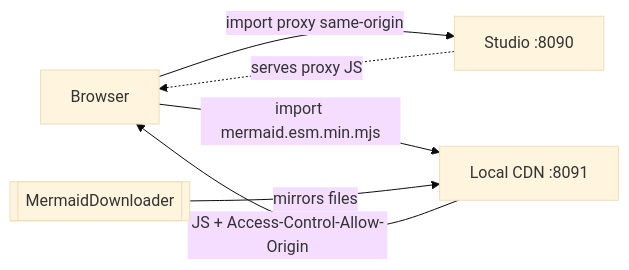
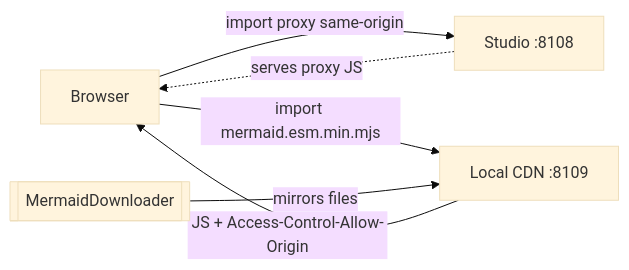
The diagram in mermaid-mirror-demo/src/main/resources/docs/hue/captains/singapura/js/homing/mermaidmirror/MermaidMirrorDoc.md (captainssingapura-hue/homing-doc-plus-demo), drawn with Mermaid (base theme) before and after one commit. The commit also changed other lines of this file and 11 other files, not shown here.

First line of the commit message:
Mermaid mirror demo on the new stack, on ports of its own

````diff
--- a/mermaid-mirror-demo/src/main/resources/docs/hue/captains/singapura/js/homing/mermaidmirror/MermaidMirrorDoc.md
+++ b/mermaid-mirror-demo/src/main/resources/docs/hue/captains/singapura/js/homing/mermaidmirror/MermaidMirrorDoc.md
@@ -15,8 +15,8 @@
 ```mermaid
 flowchart LR
-    Browser -->|import proxy same-origin| Studio[Studio :8090]
+    Browser -->|import proxy same-origin| Studio[Studio :8108]
     Studio -.->|serves proxy JS| Browser
-    Browser -->|import mermaid.esm.min.mjs| CDN[Local CDN :8091]
+    Browser -->|import mermaid.esm.min.mjs| CDN[Local CDN :8109]
     CDN -->|JS + Access-Control-Allow-Origin| Browser
     Downloader[[MermaidDownloader]] -->|mirrors files| CDN
 ```
````
